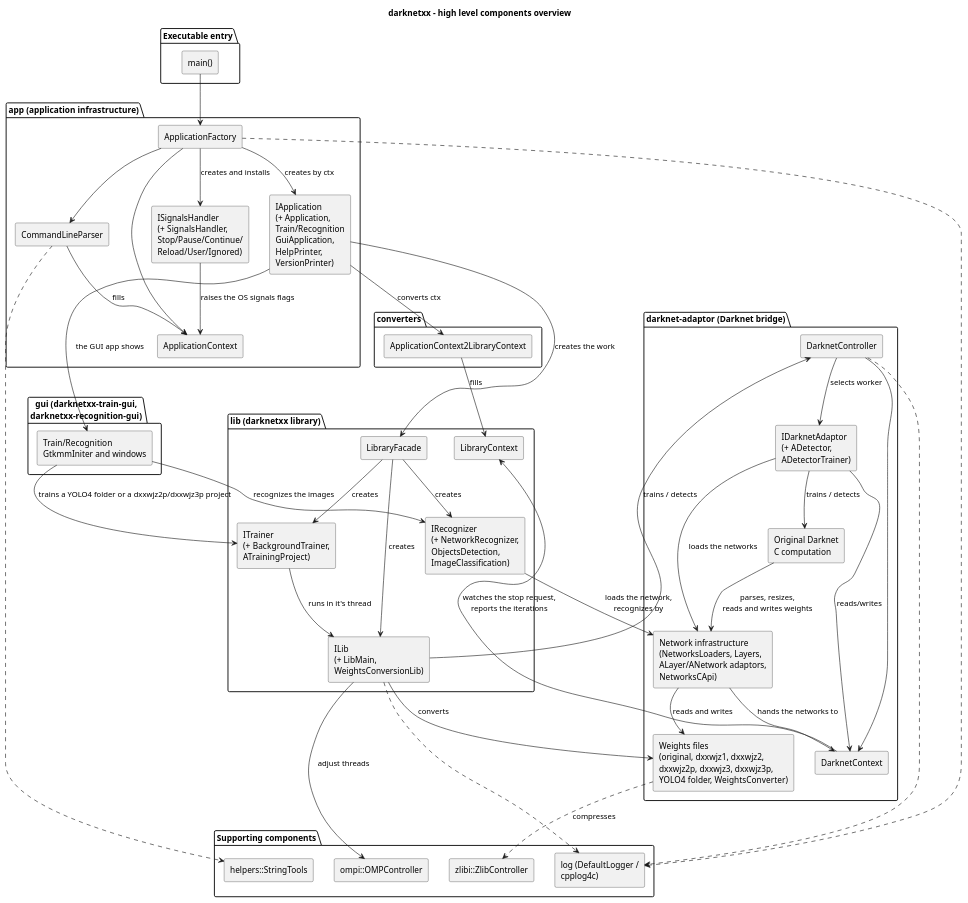
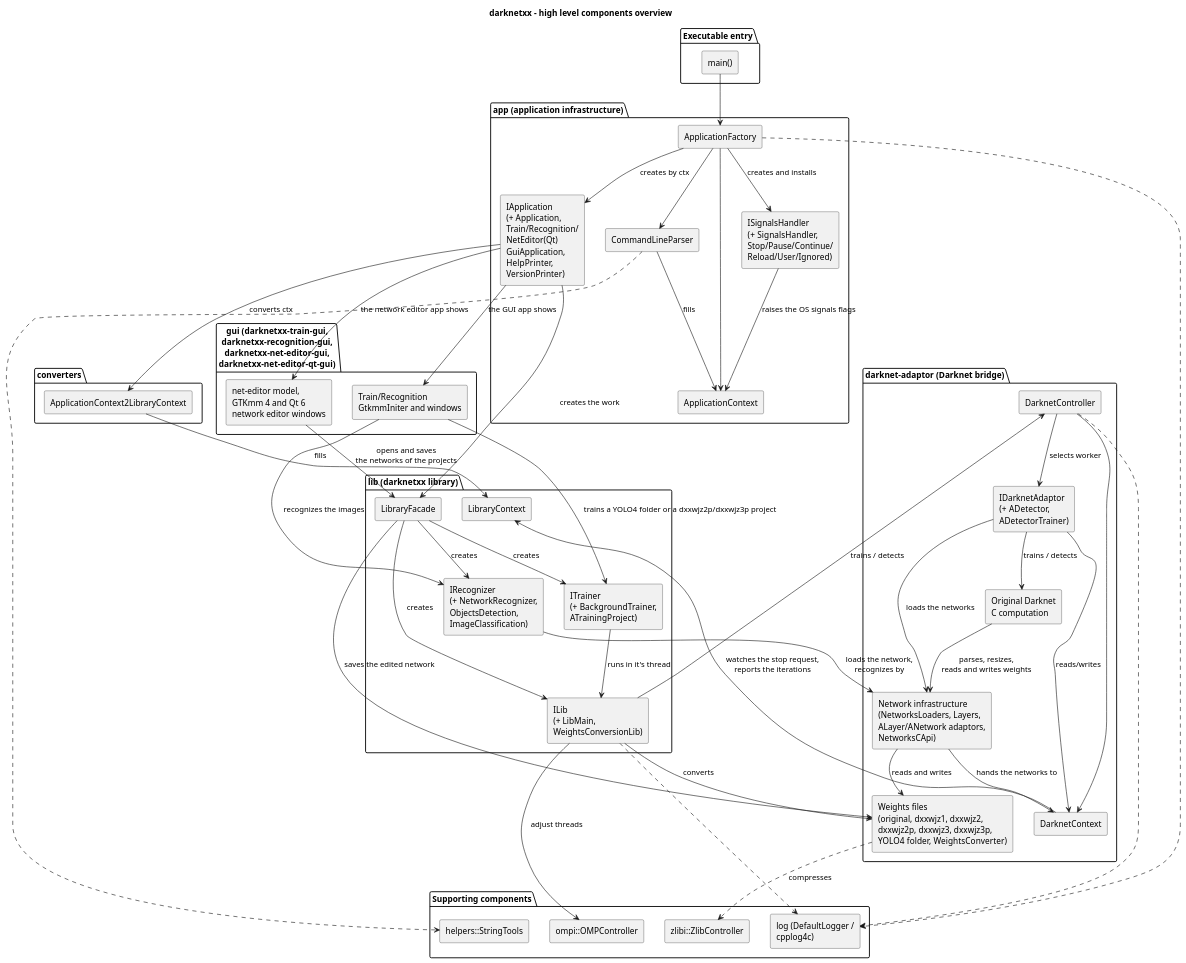
One commit to yuriysydor1991/darknetxx changed the diagram in doc/diagrams/components-overview.puml. Above: the diagram before and after it, drawn with PlantUML. The commit also changed 22 other files, not shown here.

Commit message:
docs: document the network editor binaries

```diff
--- a/doc/diagrams/components-overview.puml
+++ b/doc/diagrams/components-overview.puml
@@ -1,87 +1,91 @@
 @startuml components-overview
 title darknetxx - high level components overview
 
 skinparam componentStyle rectangle
 skinparam shadowing false
 
 package "Executable entry" {
   [main()] as main
 }
 
 package "app (application infrastructure)" {
   [ApplicationFactory] as factory
   [CommandLineParser] as parser
   [ApplicationContext] as ctx
-  [IApplication\n(+ Application,\nTrain/Recognition\nGuiApplication,\nHelpPrinter,\nVersionPrinter)] as iapp
+  [IApplication\n(+ Application,\nTrain/Recognition/\nNetEditor(Qt)\nGuiApplication,\nHelpPrinter,\nVersionPrinter)] as iapp
   [ISignalsHandler\n(+ SignalsHandler,\nStop/Pause/Continue/\nReload/User/Ignored)] as signals
 }
 
 package "converters" {
   [ApplicationContext2LibraryContext] as conv
 }
 
-package "gui (darknetxx-train-gui,\ndarknetxx-recognition-gui)" {
+package "gui (darknetxx-train-gui,\ndarknetxx-recognition-gui,\ndarknetxx-net-editor-gui,\ndarknetxx-net-editor-qt-gui)" {
   [Train/Recognition\nGtkmmIniter and windows] as gui
+  [net-editor model,\nGTKmm 4 and Qt 6\nnetwork editor windows] as editor
 }
 
 package "lib (darknetxx library)" {
   [LibraryFacade] as facade
   [LibraryContext] as lctx
   [ILib\n(+ LibMain,\nWeightsConversionLib)] as ilib
   [ITrainer\n(+ BackgroundTrainer,\nATrainingProject)] as trainer
   [IRecognizer\n(+ NetworkRecognizer,\nObjectsDetection,\nImageClassification)] as recognizer
 }
 
 package "darknet-adaptor (Darknet bridge)" {
   [DarknetController] as dctrl
   [DarknetContext] as dctx
   [IDarknetAdaptor\n(+ ADetector,\nADetectorTrainer)] as adaptor
   [Network infrastructure\n(NetworksLoaders, Layers,\nALayer/ANetwork adaptors,\nNetworksCApi)] as netinfra
   [Weights files\n(original, dxxwjz1, dxxwjz2,\ndxxwjz2p, dxxwjz3, dxxwjz3p,\nYOLO4 folder, WeightsConverter)] as weights
   [Original Darknet\nC computation] as darknetc
 }
 
 package "Supporting components" {
   [ompi::OMPController] as omp
   [log (DefaultLogger /\ncpplog4c)] as log
   [helpers::StringTools] as helpers
   [zlibi::ZlibController] as zlib
 }
 
 main --> factory
 factory --> parser
 factory --> ctx
 factory --> iapp : creates by ctx
 factory --> signals : creates and installs
 signals --> ctx : raises the OS signals flags
 parser --> ctx : fills
 iapp --> conv : converts ctx
 conv --> lctx : fills
 iapp --> facade : creates the work
 iapp --> gui : the GUI app shows
 gui --> trainer : trains a YOLO4 folder or a dxxwjz2p/dxxwjz3p project
 gui --> recognizer : recognizes the images
+iapp --> editor : the network editor app shows
+editor --> facade : opens and saves\nthe networks of the projects
+facade --> weights : saves the edited network
 facade --> ilib : creates
 facade --> trainer : creates
 facade --> recognizer : creates
 recognizer --> netinfra : loads the network,\nrecognizes by
 trainer --> ilib : runs in it's thread
 ilib --> omp : adjust threads
 ilib --> dctrl : trains / detects
 ilib --> weights : converts
 dctrl --> dctx
 dctx --> lctx : watches the stop request,\nreports the iterations
 dctrl --> adaptor : selects worker
 adaptor --> dctx : reads/writes
 adaptor --> netinfra : loads the networks
 netinfra --> dctx : hands the networks to
 adaptor --> darknetc : trains / detects
 darknetc --> netinfra : parses, resizes,\nreads and writes weights
 netinfra --> weights : reads and writes
 weights ..> zlib : compresses
 factory ..> log
 ilib ..> log
 dctrl ..> log
 parser ..> helpers
 
 @enduml
```
